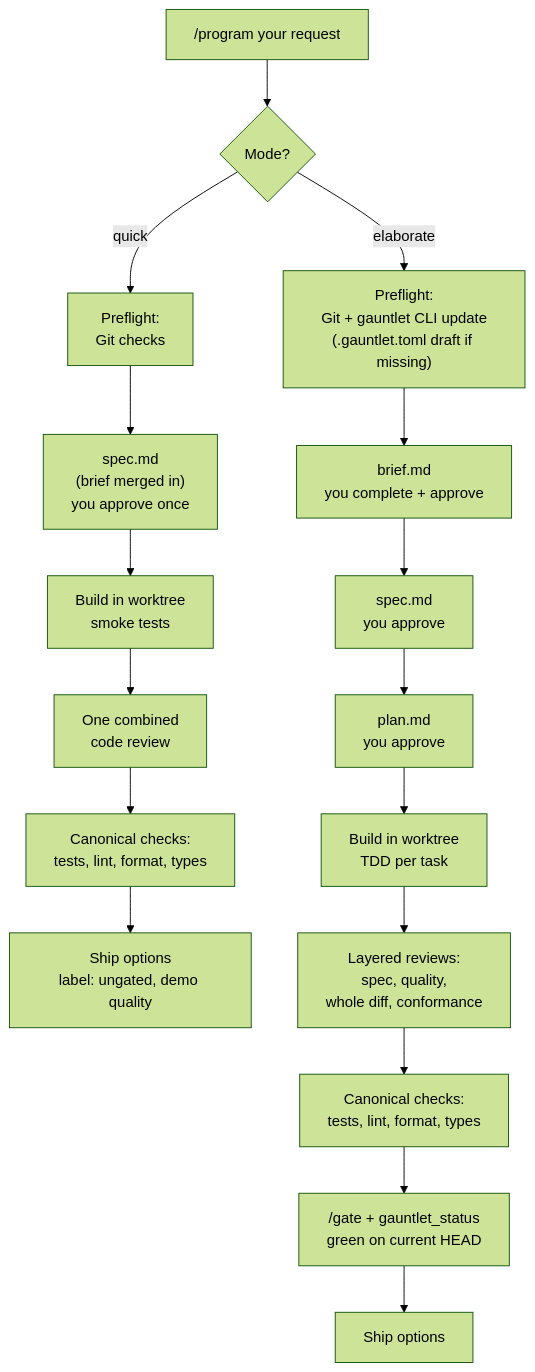
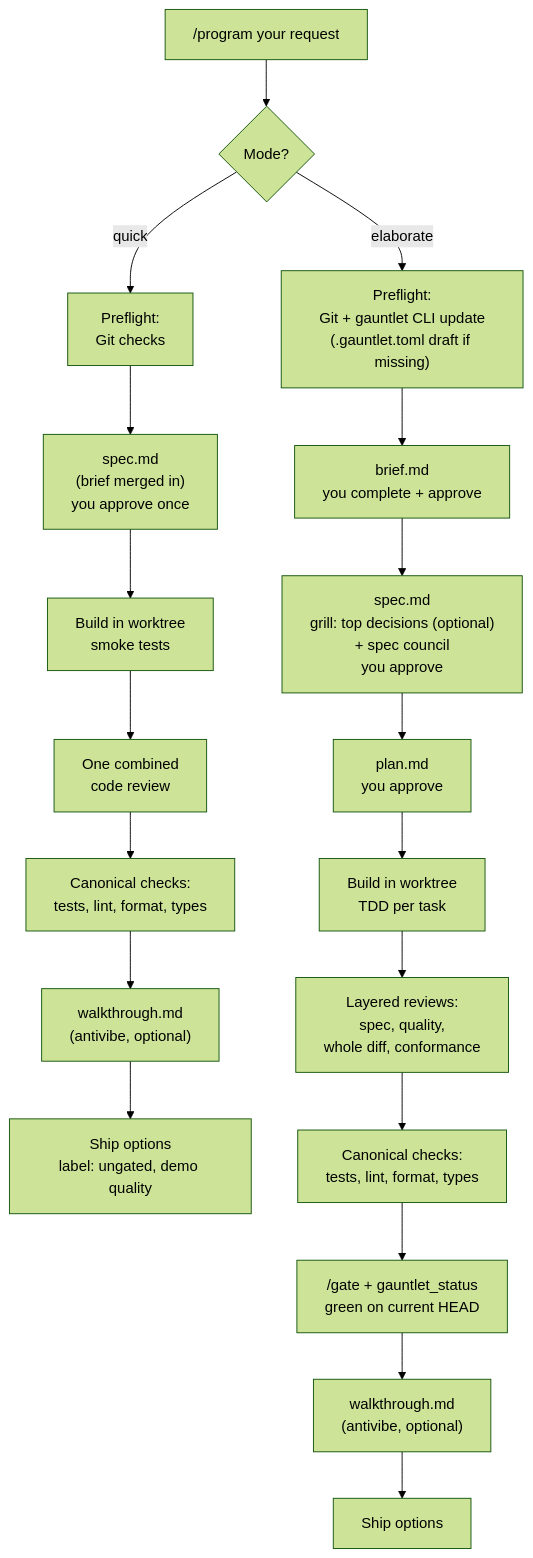
One commit to aber0016/pi-program changed the diagram in README.md. Above: the diagram before and after it, drawn with Mermaid (forest theme). The commit also changed other lines of this file and 3 other files, not shown here.

Commit message:
feat: optional grill-with-docs pre-council interview and antivibe walkthrough at handoff

````diff
--- a/README.md
+++ b/README.md
@@ -20,21 +20,23 @@
 ```mermaid
 flowchart TD
     A["/program your request"] --> B{Mode?}
 
     B -- quick --> Q1["Preflight:<br/>Git checks"]
     Q1 --> Q2["spec.md<br/>(brief merged in)<br/>you approve once"]
     Q2 --> Q3["Build in worktree<br/>smoke tests"]
     Q3 --> Q4["One combined<br/>code review"]
     Q4 --> Q5["Canonical checks:<br/>tests, lint, format, types"]
-    Q5 --> Q6["Ship options<br/>label: ungated, demo quality"]
+    Q5 --> QW["walkthrough.md<br/>(antivibe, optional)"]
+    QW --> Q6["Ship options<br/>label: ungated, demo quality"]
 
     B -- elaborate --> E1["Preflight:<br/>Git + gauntlet CLI update<br/>(.gauntlet.toml draft if missing)"]
     E1 --> E2["brief.md<br/>you complete + approve"]
-    E2 --> E3["spec.md<br/>you approve"]
+    E2 --> E3["spec.md<br/>grill: top decisions (optional)<br/>+ spec council<br/>you approve"]
     E3 --> E4["plan.md<br/>you approve"]
     E4 --> E5["Build in worktree<br/>TDD per task"]
     E5 --> E6["Layered reviews:<br/>spec, quality,<br/>whole diff, conformance"]
     E6 --> E7["Canonical checks:<br/>tests, lint, format, types"]
     E7 --> E8["/gate + gauntlet_status<br/>green on current HEAD"]
-    E8 --> E9["Ship options"]
+    E8 --> EW["walkthrough.md<br/>(antivibe, optional)"]
+    EW --> E9["Ship options"]
 ```
````
